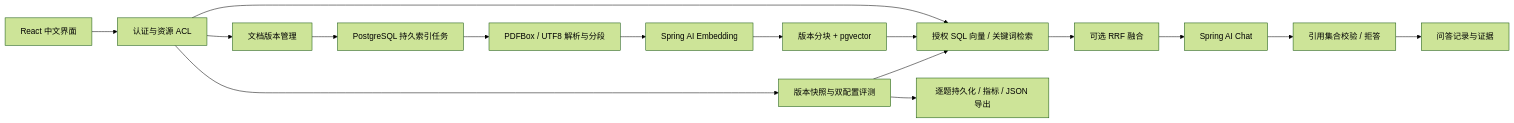
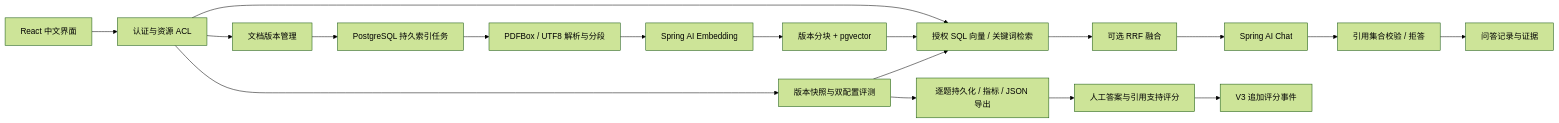
One commit to kita80387694/CiteBase changed the diagram in docs/ARCHITECTURE.md. Above: the diagram before and after it, drawn with Mermaid (forest theme). The commit also changed other lines of this file and 18 other files, not shown here.

````diff
--- a/docs/ARCHITECTURE.md
+++ b/docs/ARCHITECTURE.md
@@ -7,18 +7,20 @@
 ```mermaid
 flowchart LR
  UI[React 中文界面] --> Auth[认证与资源 ACL]
  Auth --> Doc[文档版本管理]
  Doc --> Task[PostgreSQL 持久索引任务]
  Task --> Parse[PDFBox / UTF8 解析与分段]
  Parse --> Embed[Spring AI Embedding]
  Embed --> Chunks[版本分块 + pgvector]
  Auth --> Search[授权 SQL 向量 / 关键词检索]
  Chunks --> Search
  Search --> Fuse[可选 RRF 融合]
  Fuse --> Chat[Spring AI Chat]
  Chat --> Check[引用集合校验 / 拒答]
  Check --> History[问答记录与证据]
  Auth --> Eval[版本快照与双配置评测]
  Eval --> Search
  Eval --> Results[逐题持久化 / 指标 / JSON 导出]
+ Results --> Review[人工答案与引用支持评分]
+ Review --> Audit[V3 追加评分事件]
 ```
````
